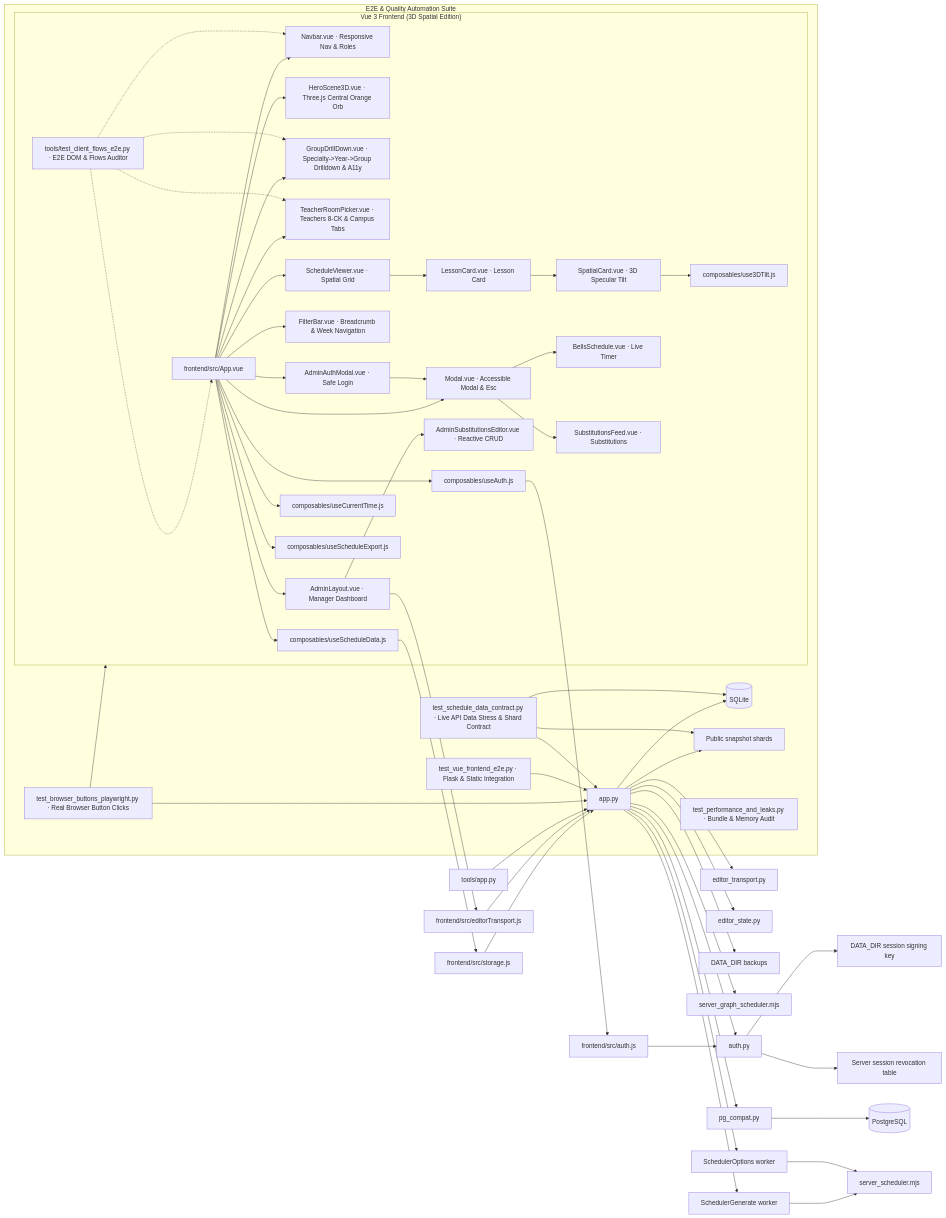
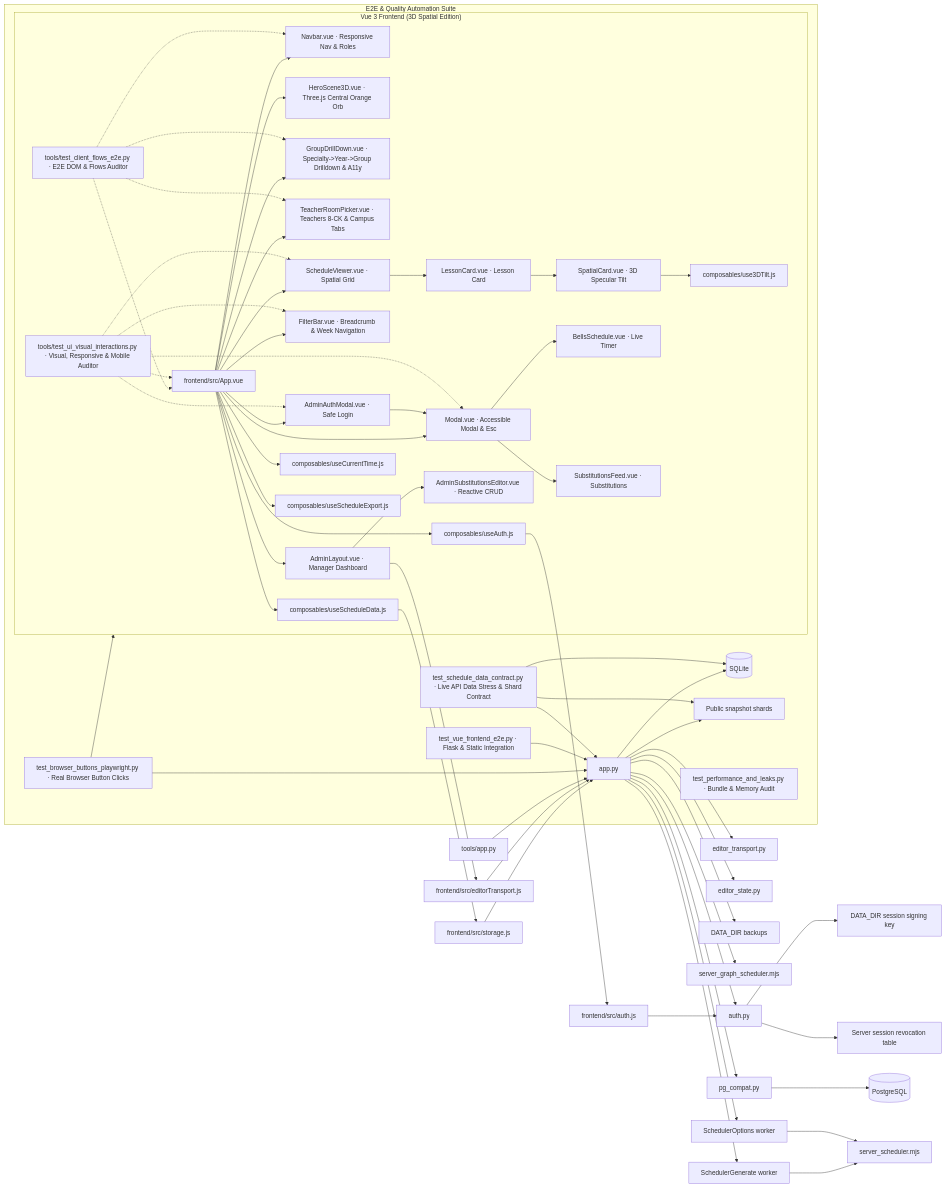
The first of 7 diagrams in docs/UML.md (Utkautka1/timetable22), drawn with Mermaid before and after one commit. The commit also changed 4 other files, not shown here.

Commit message:
test(ui): add Playwright UI visual & interaction audit suite and fix modal triggers and backdrop-filter ordering

```diff
--- a/docs/UML.md
+++ b/docs/UML.md
@@ -23,6 +23,7 @@
         Admin[AdminLayout.vue · Manager Dashboard]
         AdminSubs[AdminSubstitutionsEditor.vue · Reactive CRUD]
         TestClientFlows[tools/test_client_flows_e2e.py · E2E DOM & Flows Auditor]
+        TestUIVisual[tools/test_ui_visual_interactions.py · Visual, Responsive & Mobile Auditor]
         
         App --> Navbar
         App --> Hero
@@ -43,6 +44,11 @@
         TestClientFlows -.-> DrillDown
         TestClientFlows -.-> EntityPicker
         TestClientFlows -.-> Navbar
+        TestUIVisual -.-> App
+        TestUIVisual -.-> Viewer
+        TestUIVisual -.-> Filter
+        TestUIVisual -.-> Modal
+        TestUIVisual -.-> AuthModal
 
         App --> SchedComposable[composables/useScheduleData.js]
         App --> AuthComposable[composables/useAuth.js]
```
